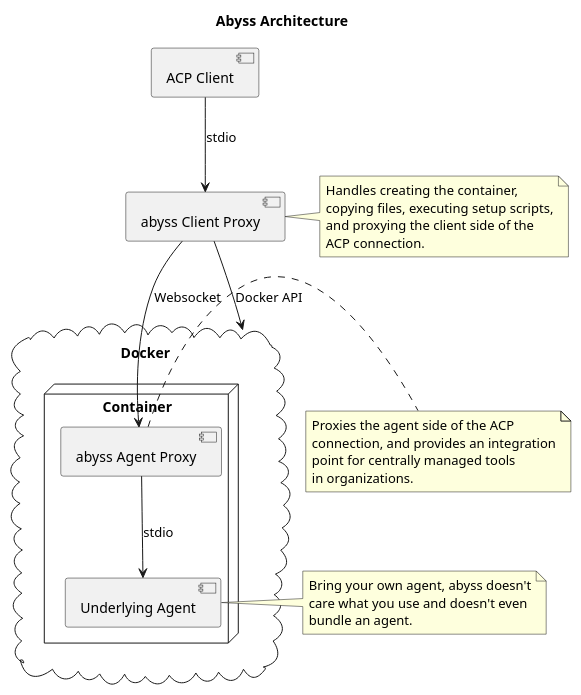
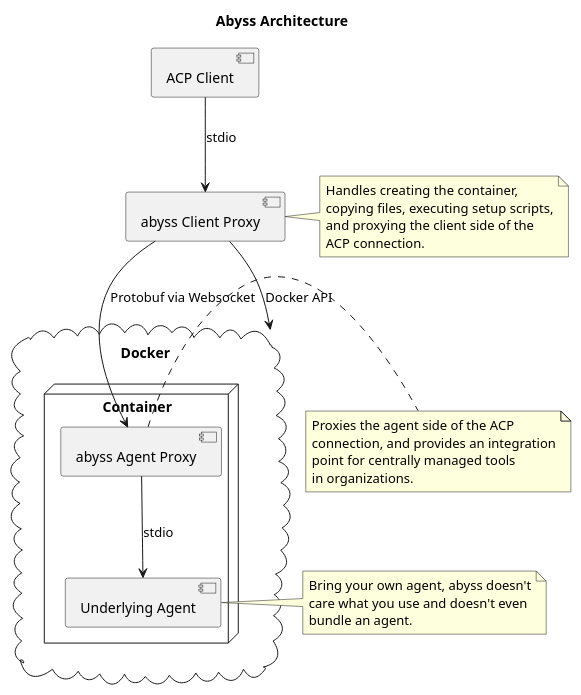
One commit to SethCurry/abyss changed the diagram in site/content/docs/reference/architecture.puml. Above: the diagram before and after it, drawn with PlantUML. The commit also changed 67 other files, not shown here.

```diff
--- a/site/content/docs/reference/architecture.puml
+++ b/site/content/docs/reference/architecture.puml
@@ -1,37 +1,37 @@
 @startuml
 
 title Abyss Architecture
 
 cloud Docker {
   node Container {
     [Underlying Agent]
     [abyss Agent Proxy]
   }
 }
 
 [ACP Client] --> [abyss Client Proxy] : stdio
-[abyss Client Proxy] --> [abyss Agent Proxy] : Websocket
+[abyss Client Proxy] --> [abyss Agent Proxy] : Protobuf via Websocket
 [abyss Client Proxy] --> [Docker] : Docker API
 [abyss Agent Proxy] --> [Underlying Agent] : stdio
 
 note right of "abyss Client Proxy"
   Handles creating the container,
   copying files, executing setup scripts,
   and proxying the client side of the
   ACP connection.
 endnote
 
 note right of "abyss Agent Proxy"
   Proxies the agent side of the ACP
   connection, and provides an integration
   point for centrally managed tools
   in organizations.
 endnote
 
 note right of "Underlying Agent"
   Bring your own agent, abyss doesn't
   care what you use and doesn't even
   bundle an agent.
 endnote
 
 @enduml
```
